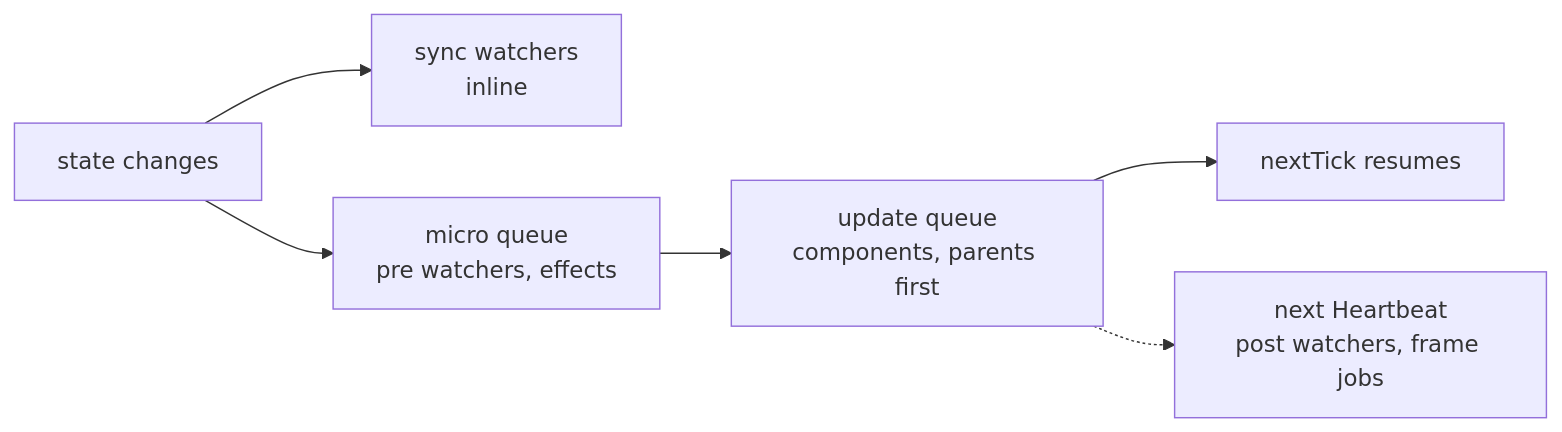
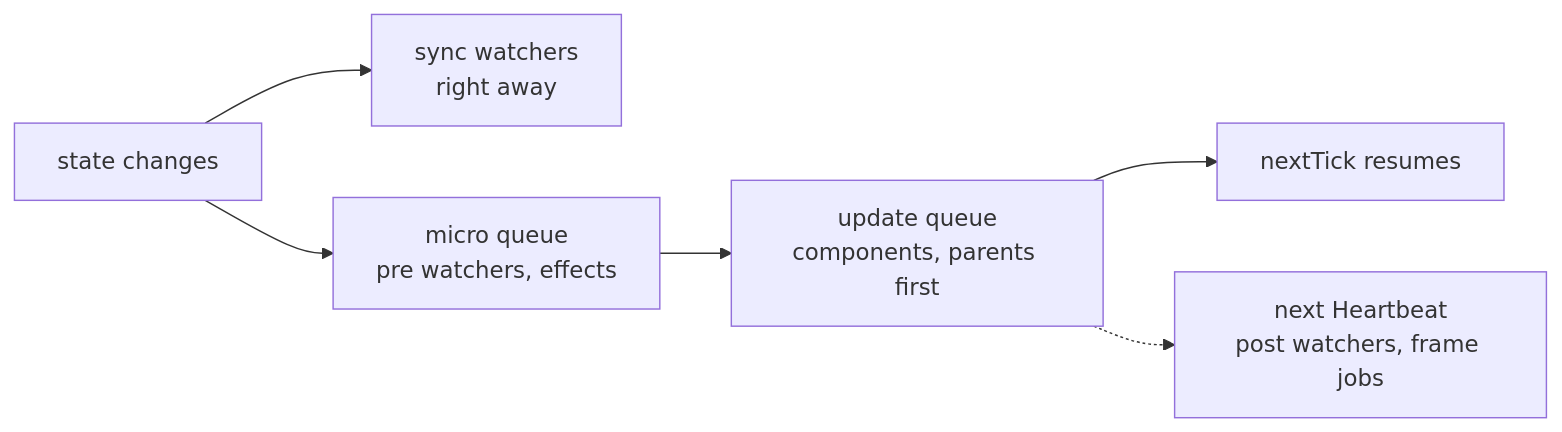
The second of 3 diagrams in docs/ARCHITECTURE.md (linhisreal/Rivue), drawn with Mermaid before and after one commit. The commit also changed other lines of this file and 92 other files, not shown here.

Commit message:
docs: architecture update and license card

````diff
--- a/docs/ARCHITECTURE.md
+++ b/docs/ARCHITECTURE.md
@@ -130,8 +129,8 @@
 ```mermaid
 flowchart LR
-    W["state changes"] --> S["sync watchers<br/>inline"]
+    W["state changes"] --> S["sync watchers<br/>right away"]
     W --> M["micro queue<br/>pre watchers, effects"]
     M --> U["update queue<br/>components, parents first"]
     U --> N["nextTick resumes"]
     U -.-> H["next Heartbeat<br/>post watchers, frame jobs"]
 ```
````
